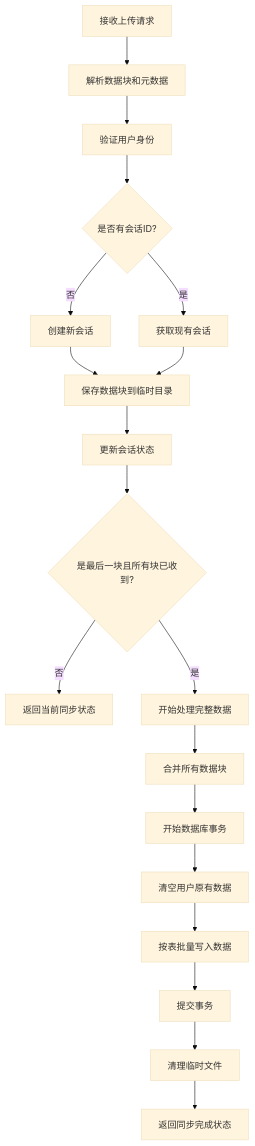
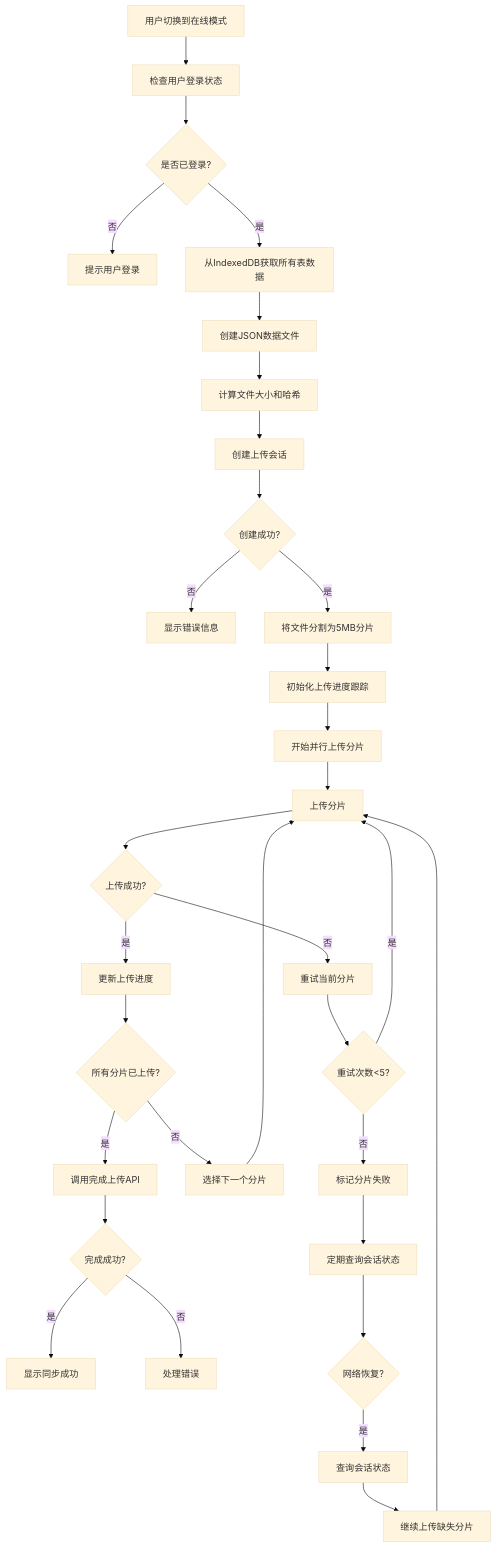
The diagram in all/未命名-59.md (yingjianzh/iodraw-files), drawn with Mermaid (base theme) before and after one commit.

Commit message:
2025-05-14 17:38:52 update

````diff
--- a/all/未命名-59.md
+++ b/all/未命名-59.md
@@ -1,21 +1,34 @@
 ```mermaid
 flowchart TD
-    A[接收上传请求] --> B[解析数据块和元数据]
-    B --> C[验证用户身份]
-    C --> D{是否有会话ID?}
-    D -->|否| E[创建新会话]
-    D -->|是| F[获取现有会话]
-    E --> G[保存数据块到临时目录]
-    F --> G
-    G --> H[更新会话状态]
-    H --> I{是最后一块且所有块已收到?}
-    I -->|否| J[返回当前同步状态]
-    I -->|是| K[开始处理完整数据]
-    K --> L[合并所有数据块]
-    L --> M[开始数据库事务]
-    M --> N[清空用户原有数据]
-    N --> O[按表批量写入数据]
-    O --> P[提交事务]
-    P --> Q[清理临时文件]
-    Q --> R[返回同步完成状态]
+    A[用户切换到在线模式] --> B[检查用户登录状态]
+    B --> C{是否已登录?}
+    C -->|否| D[提示用户登录]
+    C -->|是| E[从IndexedDB获取所有表数据]
+    E --> F[创建JSON数据文件]
+    F --> G[计算文件大小和哈希]
+    G --> H[创建上传会话]
+    H --> I{创建成功?}
+    I -->|否| J[显示错误信息]
+    I -->|是| K[将文件分割为5MB分片]
+    K --> L[初始化上传进度跟踪]
+    L --> M[开始并行上传分片]
+    M --> N[上传分片]
+    N --> O{上传成功?}
+    O -->|是| P[更新上传进度]
+    O -->|否| Q[重试当前分片]
+    Q --> R{重试次数<5?}
+    R -->|是| N
+    R -->|否| S[标记分片失败]
+    S --> T[定期查询会话状态]
+    P --> U{所有分片已上传?}
+    U -->|否| V[选择下一个分片]
+    V --> N
+    U -->|是| W[调用完成上传API]
+    W --> X{完成成功?}
+    X -->|是| Y[显示同步成功]
+    X -->|否| Z[处理错误]
+    T --> AA{网络恢复?}
+    AA -->|是| AB[查询会话状态]
+    AB --> AC[继续上传缺失分片]
+    AC --> N
 ```
````
